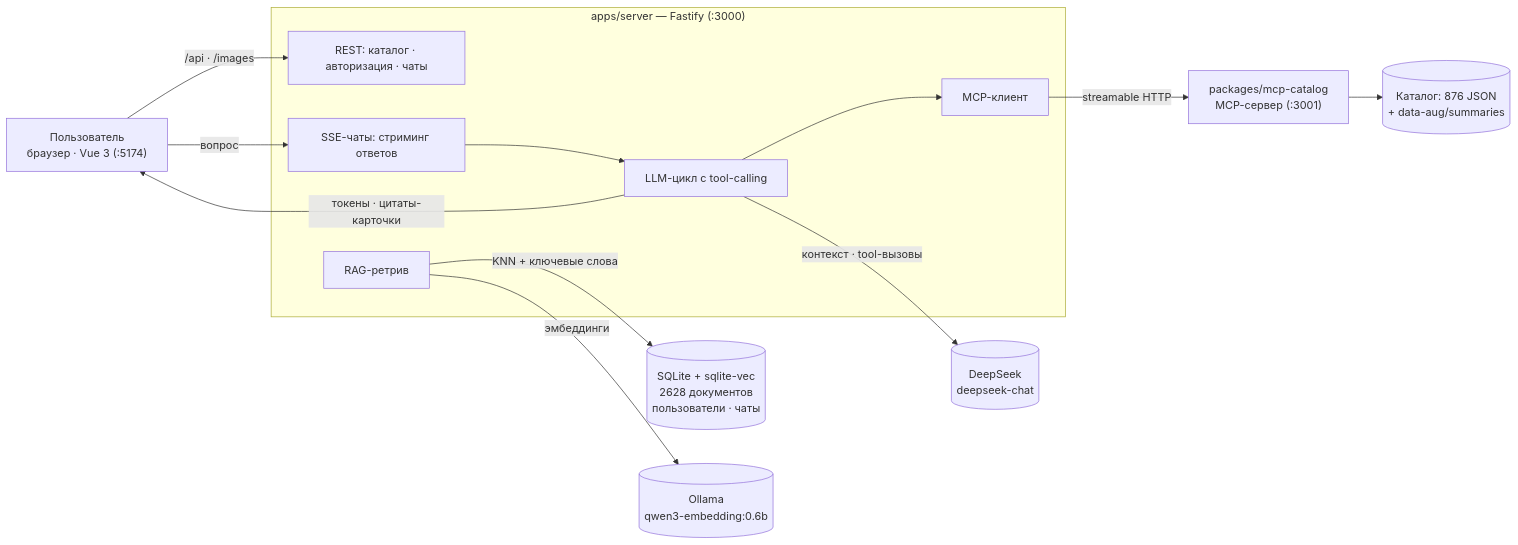
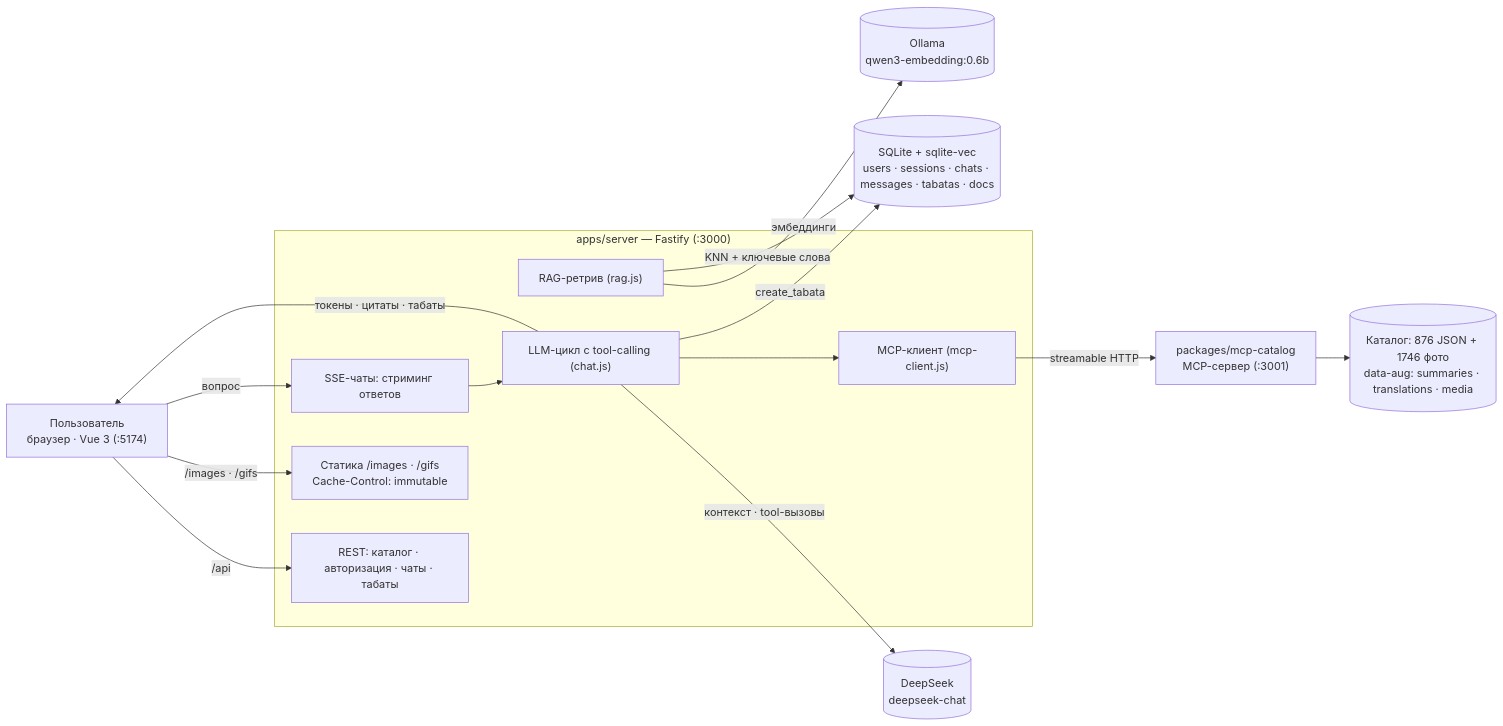
Before and after one commit to vitchuk/gPower: the diagram in README.md, drawn with Mermaid. The commit also changed other lines of this file, not shown here.

````diff
--- a/README.md
+++ b/README.md
@@ -18,29 +32,32 @@
 ```mermaid
 flowchart LR
     U["Пользователь<br/>браузер · Vue 3 (:5174)"]
 
     subgraph APP["apps/server — Fastify (:3000)"]
-        API["REST: каталог · авторизация · чаты"]
+        API["REST: каталог · авторизация · чаты · табаты"]
         SSE["SSE-чаты: стриминг ответов"]
-        RAG["RAG-ретрив"]
-        LOOP["LLM-цикл с tool-calling"]
-        MCPCLI["MCP-клиент"]
+        RAG["RAG-ретрив (rag.js)"]
+        LOOP["LLM-цикл с tool-calling (chat.js)"]
+        MCPCLI["MCP-клиент (mcp-client.js)"]
+        STATIC["Статика /images · /gifs<br/>Cache-Control: immutable"]
     end
 
-    DB[("SQLite + sqlite-vec<br/>2628 документов<br/>пользователи · чаты")]
+    DB[("SQLite + sqlite-vec<br/>users · sessions · chats · messages · tabatas · docs")]
     O[("Ollama<br/>qwen3-embedding:0.6b")]
     D[("DeepSeek<br/>deepseek-chat")]
     M["packages/mcp-catalog<br/>MCP-сервер (:3001)"]
-    C[("Каталог: 876 JSON<br/>+ data-aug/summaries")]
+    C[("Каталог: 876 JSON + 1746 фото<br/>data-aug: summaries · translations · media")]
 
-    U -->|"/api · /images"| API
+    U -->|"/api"| API
+    U -->|"/images · /gifs"| STATIC
     U -->|"вопрос"| SSE
     SSE --> LOOP
     RAG -->|"эмбеддинги"| O
     RAG -->|"KNN + ключевые слова"| DB
     LOOP -->|"контекст · tool-вызовы"| D
     LOOP --> MCPCLI
+    LOOP -->|"create_tabata"| DB
     MCPCLI -->|"streamable HTTP"| M
     M --> C
-    LOOP -->|"токены · цитаты-карточки"| U
+    LOOP -->|"токены · цитаты · табаты"| U
 ```
````
